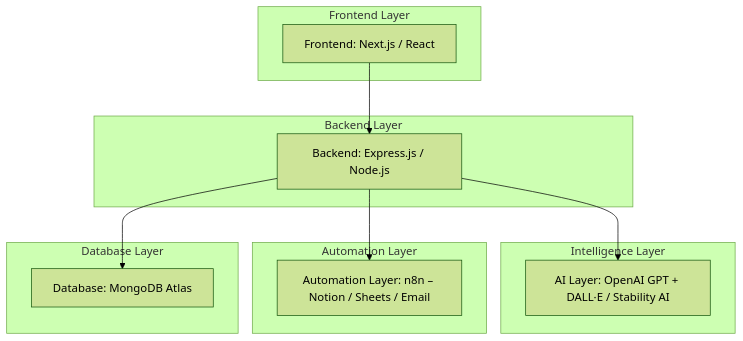
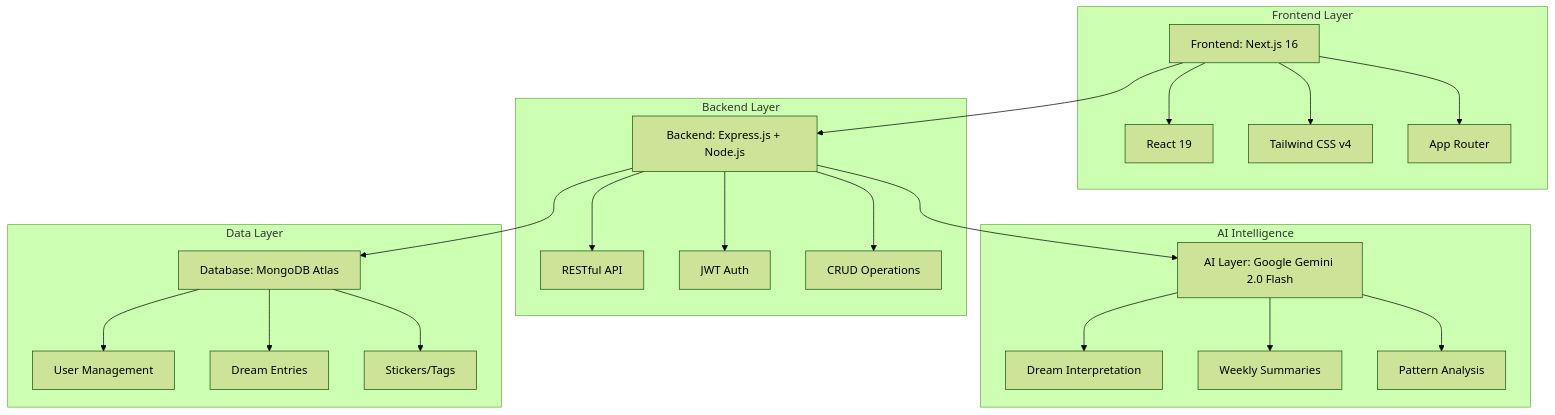
The diagram in README.md (rravya14/Dream-Journal-2.0), drawn with Mermaid (forest theme) before and after one commit. The commit also changed other lines of this file, not shown here.

````diff
--- a/README.md
+++ b/README.md
@@ -27,27 +46,30 @@
 ```mermaid
 flowchart TD
-    A[Frontend: Next.js / React] --> B[Backend: Express.js / Node.js]
-    B --> C[AI Layer: OpenAI GPT + DALL·E / Stability AI]
-    B --> D[Automation Layer: n8n – Notion / Sheets / Email]
-    B --> E[Database: MongoDB Atlas]
-
+    A[Frontend: Next.js 16] --> B[Backend: Express.js + Node.js]
+    B --> C[AI Layer: Google Gemini 2.0 Flash]
+    B --> D[Database: MongoDB Atlas]
+    
     subgraph Frontend Layer
-    A
+        A --> A1[React 19]
+        A --> A2[Tailwind CSS v4]
+        A --> A3[App Router]
     end
-
+    
     subgraph Backend Layer
-    B
+        B --> B1[RESTful API]
+        B --> B2[JWT Auth]
+        B --> B3[CRUD Operations]
     end
-
-    subgraph Intelligence Layer
-    C
+    
+    subgraph AI Intelligence
+        C --> C1[Dream Interpretation]
+        C --> C2[Weekly Summaries]
+        C --> C3[Pattern Analysis]
     end
-
-    subgraph Automation Layer
-    D
-    end
-
-    subgraph Database Layer
-    E
+    
+    subgraph Data Layer
+        D --> D1[User Management]
+        D --> D2[Dream Entries]
+        D --> D3[Stickers/Tags]
     end
 ```
````
